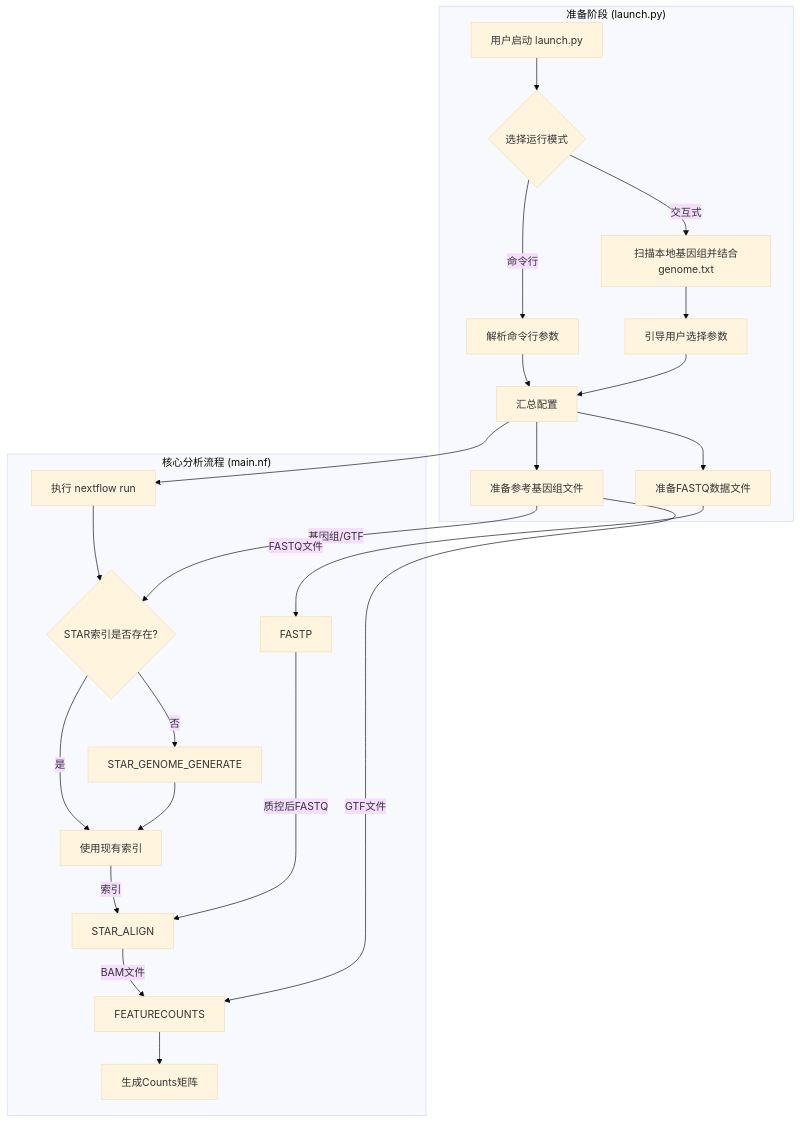
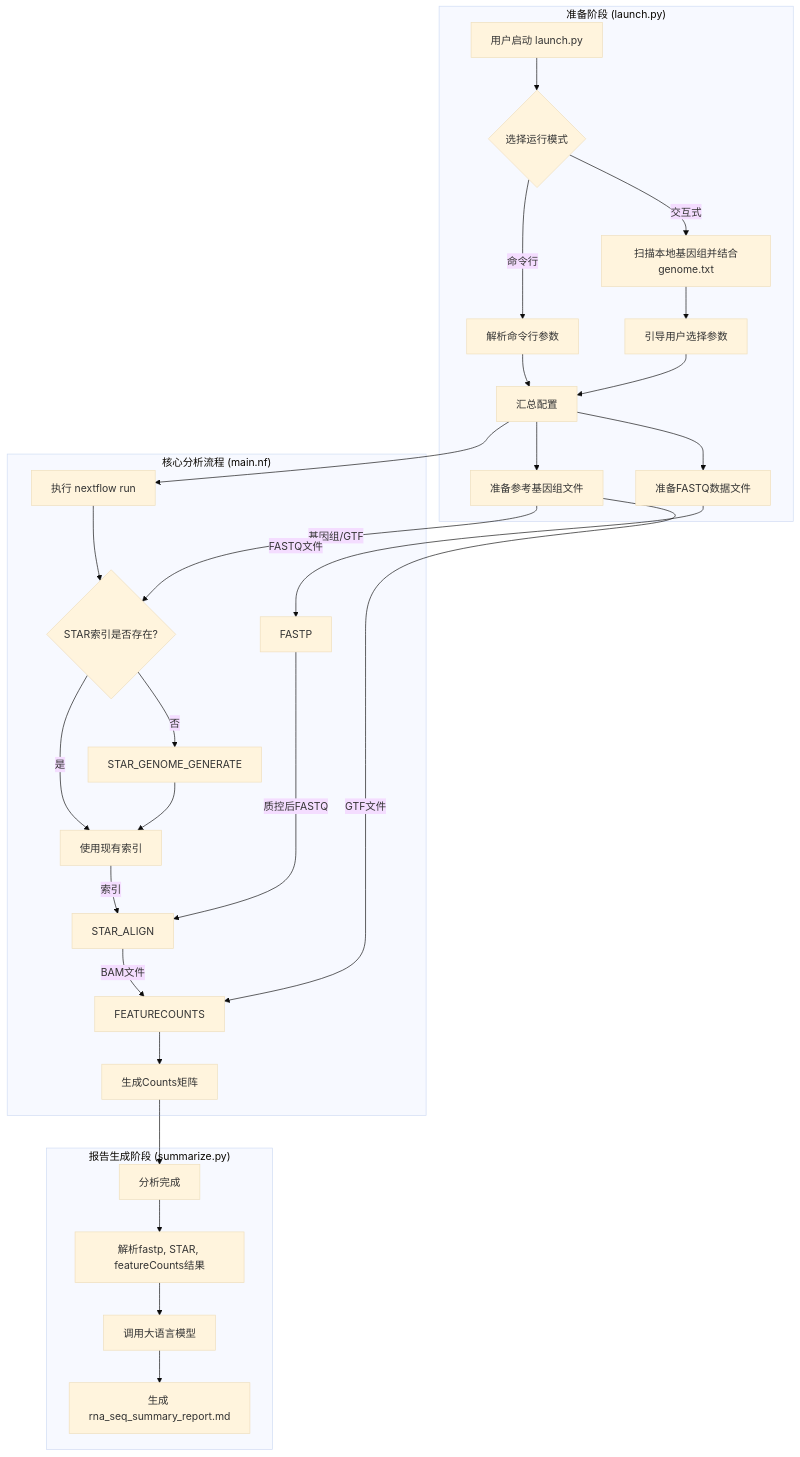
Before and after one commit to Sparrowsta/rna-seq-agent: the diagram in README.md, drawn with Mermaid (base theme). The commit also changed other lines of this file and 7 other files, not shown here.

````diff
--- a/README.md
+++ b/README.md
@@ -24,29 +27,36 @@
 ```mermaid
 graph TD
     subgraph "准备阶段 (launch.py)"
         A[用户启动 launch.py] --> B{选择运行模式};
         B -- 交互式 --> C[扫描本地基因组并结合genome.txt];
         B -- 命令行 --> D[解析命令行参数];
         C --> E[引导用户选择参数];
         D --> F[汇总配置];
         E --> F;
         F --> G[准备参考基因组文件];
         F --> H[准备FASTQ数据文件];
     end
 
     subgraph "核心分析流程 (main.nf)"
         I[Nextflow 工作流启动] --> J{STAR索引是否存在?};
         G -- 基因组/GTF --> J;
         J -- 否 --> K[STAR_GENOME_GENERATE];
         J -- 是 --> L[使用现有索引];
         K --> L;
         H -- FASTQ文件 --> M[FASTP];
         L -- 索引 --> N[STAR_ALIGN];
         M -- 质控后FASTQ --> N;
         N -- BAM文件 --> O[FEATURECOUNTS];
         G -- GTF文件 --> O;
         O --> P[生成Counts矩阵];
     end
+    
+    subgraph "报告生成阶段 (summarize.py)"
+        Q[分析完成] --> R[解析fastp, STAR, featureCounts结果];
+        R --> S[调用大语言模型];
+        S --> T[生成 rna_seq_summary_report.md];
+    end
 
     F --> I[执行 nextflow run];
+    P --> Q;
 ```
````
